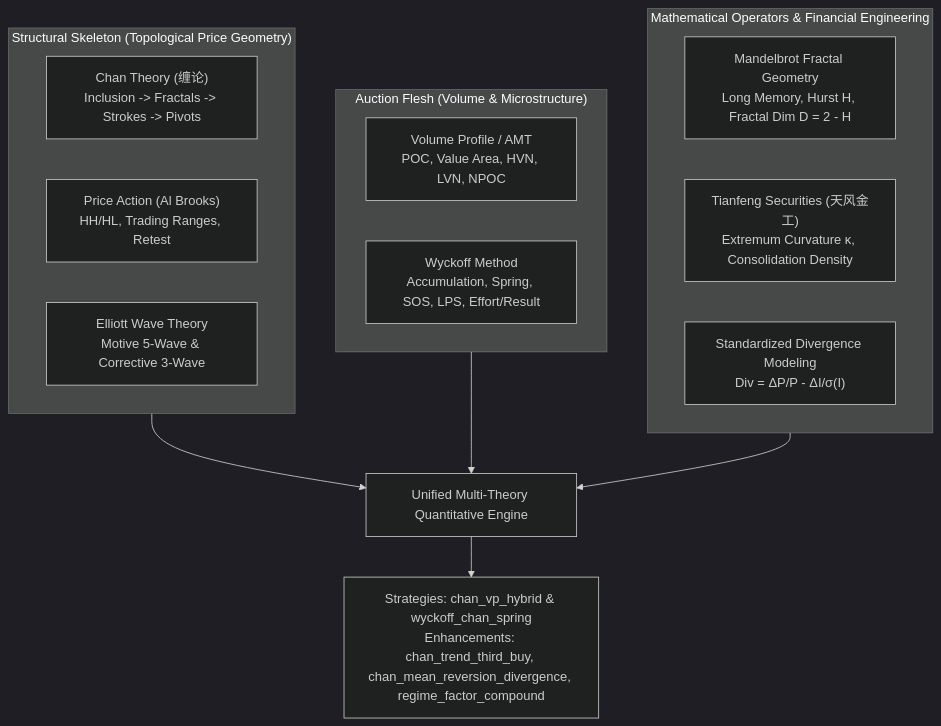
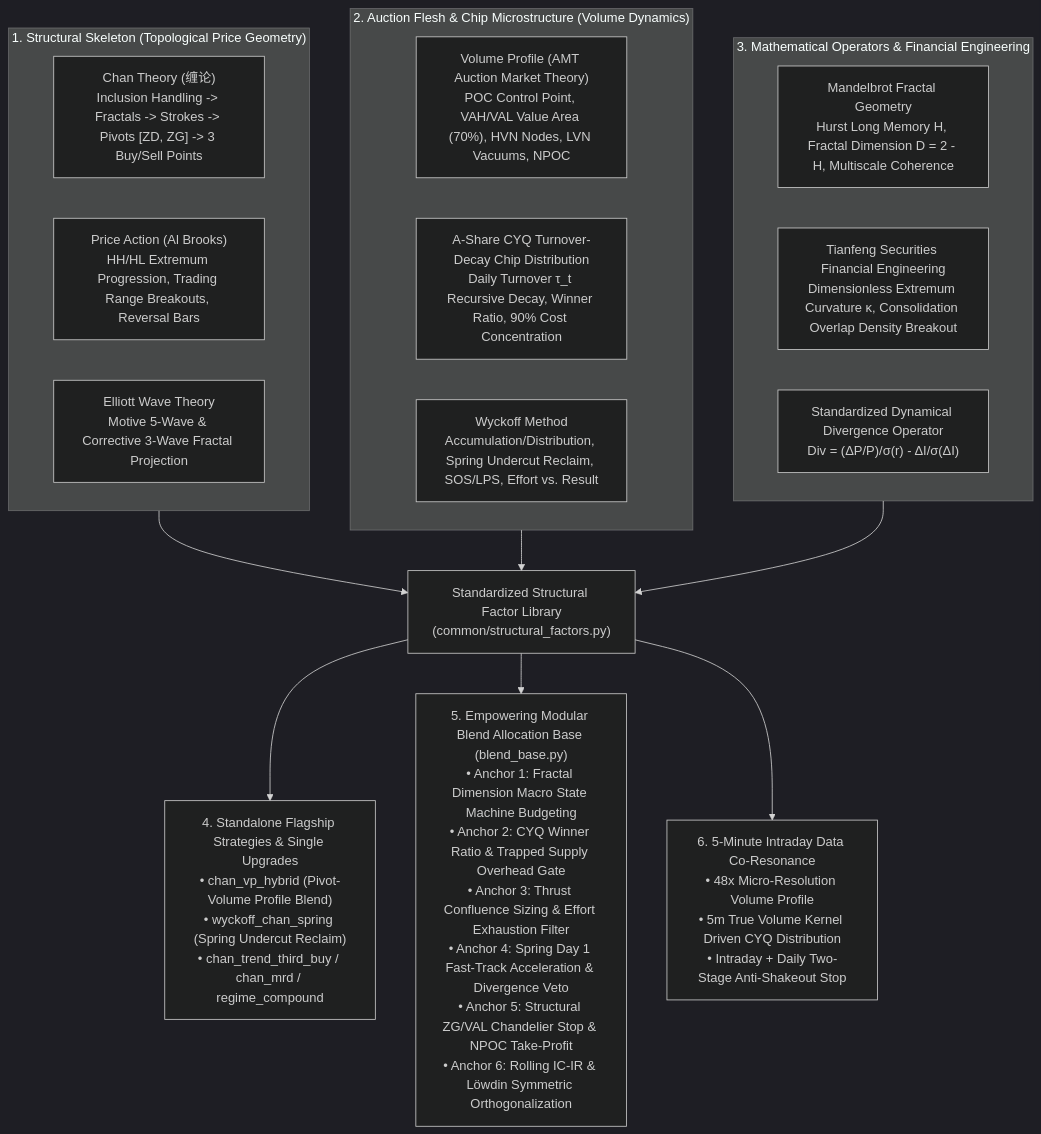
One commit to stonewell/quant_research changed the first of 2 diagrams in docs/chan_volume_profile_and_multi_theory_quant_synthesis_plan.md. Above: the diagram before and after it, drawn with Mermaid (dark theme). The commit also changed other lines of this file and 5 other files, not shown here.

Commit message:
add development plan and enhance chan vp blend plan

````diff
--- a/docs/chan_volume_profile_and_multi_theory_quant_synthesis_plan.md
+++ b/docs/chan_volume_profile_and_multi_theory_quant_synthesis_plan.md
@@ -11,24 +30,28 @@
 ```mermaid
 flowchart TD
-    subgraph SKELETON["Structural Skeleton (Topological Price Geometry)"]
-        CHAN["Chan Theory (缠论)\nInclusion -> Fractals -> Strokes -> Pivots"]
-        PA["Price Action (Al Brooks)\nHH/HL, Trading Ranges, Retest"]
-        ELLIOTT["Elliott Wave Theory\nMotive 5-Wave & Corrective 3-Wave"]
+    subgraph SKELETON["1. Structural Skeleton (Topological Price Geometry)"]
+        CHAN["Chan Theory (缠论)\nInclusion Handling -> Fractals -> Strokes -> Pivots [ZD, ZG] -> 3 Buy/Sell Points"]
+        PA["Price Action (Al Brooks)\nHH/HL Extremum Progression, Trading Range Breakouts, Reversal Bars"]
+        ELLIOTT["Elliott Wave Theory\nMotive 5-Wave & Corrective 3-Wave Fractal Projection"]
     end
 
-    subgraph FLESH["Auction Flesh (Volume & Microstructure)"]
-        VP["Volume Profile / AMT\nPOC, Value Area, HVN, LVN, NPOC"]
-        WYCKOFF["Wyckoff Method\nAccumulation, Spring, SOS, LPS, Effort/Result"]
+    subgraph FLESH["2. Auction Flesh & Chip Microstructure (Volume Dynamics)"]
+        VP["Volume Profile (AMT Auction Market Theory)\nPOC Control Point, VAH/VAL Value Area (70%), HVN Nodes, LVN Vacuums, NPOC"]
+        CYQ["A-Share CYQ Turnover-Decay Chip Distribution\nDaily Turnover τ_t Recursive Decay, Winner Ratio, 90% Cost Concentration"]
+        WYCKOFF["Wyckoff Method\nAccumulation/Distribution, Spring Undercut Reclaim, SOS/LPS, Effort vs. Result"]
     end
 
-    subgraph MATH["Mathematical Operators & Financial Engineering"]
-        MANDELBROT["Mandelbrot Fractal Geometry\nLong Memory, Hurst H, Fractal Dim D = 2 - H"]
-        TIANFENG["Tianfeng Securities (天风金工)\nExtremum Curvature κ, Consolidation Density"]
-        DIVERGENCE["Standardized Divergence Modeling\nDiv = ΔP/P - ΔI/σ(I)"]
+    subgraph MATH["3. Mathematical Operators & Financial Engineering"]
+        MANDELBROT["Mandelbrot Fractal Geometry\nHurst Long Memory H, Fractal Dimension D = 2 - H, Multiscale Coherence"]
+        TIANFENG["Tianfeng Securities Financial Engineering\nDimensionless Extremum Curvature κ, Consolidation Overlap Density Breakout"]
+        DIVERGENCE["Standardized Dynamical Divergence Operator\nDiv = (ΔP/P)/σ(r) - ΔI/σ(ΔI)"]
     end
 
-    SKELETON --> FUSION["Unified Multi-Theory Quantitative Engine"]
-    FLESH --> FUSION
-    MATH --> FUSION
-    FUSION --> STRATS["Strategies: chan_vp_hybrid & wyckoff_chan_spring\nEnhancements: chan_trend_third_buy, chan_mean_reversion_divergence, regime_factor_compound"]
+    SKELETON --> FACTORS["Standardized Structural Factor Library\n(common/structural_factors.py)"]
+    FLESH --> FACTORS
+    MATH --> FACTORS
+
+    FACTORS --> STRATS["4. Standalone Flagship Strategies & Single Upgrades\n• chan_vp_hybrid (Pivot-Volume Profile Blend)\n• wyckoff_chan_spring (Spring Undercut Reclaim)\n• chan_trend_third_buy / chan_mrd / regime_compound"]
+    FACTORS --> BLEND["5. Empowering Modular Blend Allocation Base (blend_base.py)\n• Anchor 1: Fractal Dimension Macro State Machine Budgeting\n• Anchor 2: CYQ Winner Ratio & Trapped Supply Overhead Gate\n• Anchor 3: Thrust Confluence Sizing & Effort Exhaustion Filter\n• Anchor 4: Spring Day 1 Fast-Track Acceleration & Divergence Veto\n• Anchor 5: Structural ZG/VAL Chandelier Stop & NPOC Take-Profit\n• Anchor 6: Rolling IC-IR & Löwdin Symmetric Orthogonalization"]
+    FACTORS --> INTRADAY["6. 5-Minute Intraday Data Co-Resonance\n• 48x Micro-Resolution Volume Profile\n• 5m True Volume Kernel Driven CYQ Distribution\n• Intraday + Daily Two-Stage Anti-Shakeout Stop"]
 ```
````
